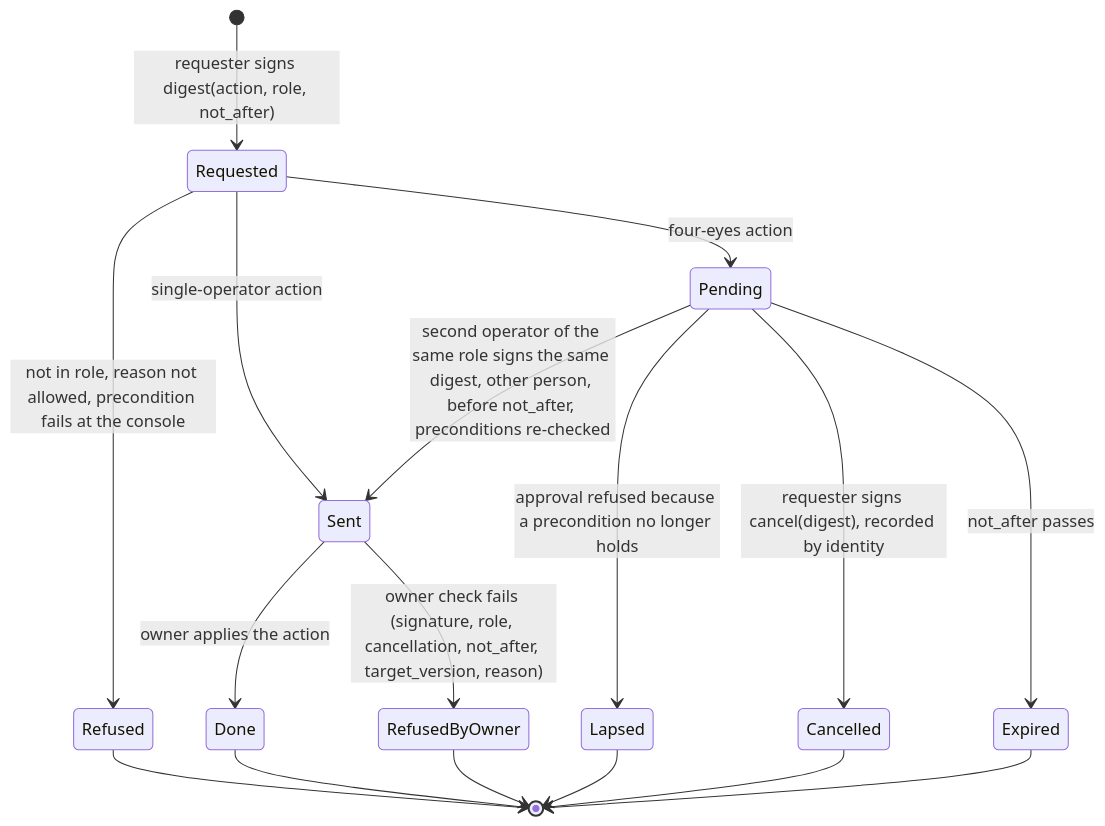
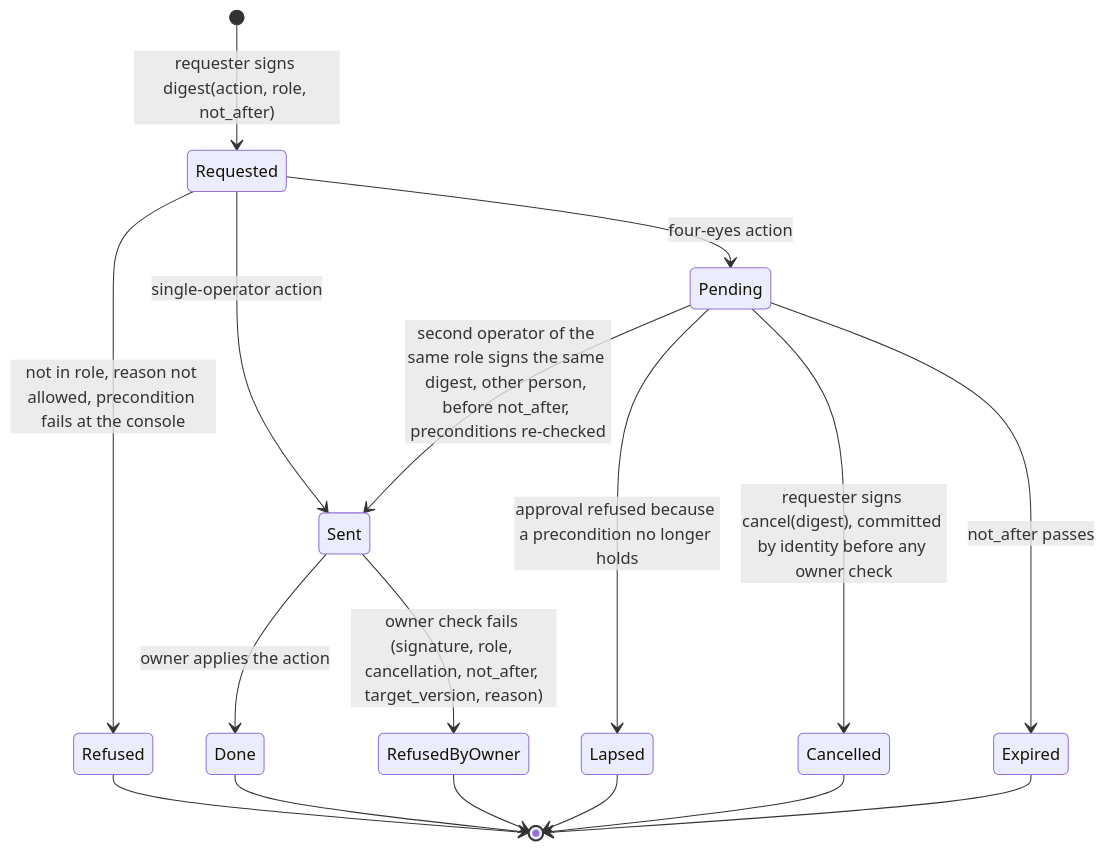
One commit to tgenov/bandwidth-reservations changed the second of 2 diagrams in docs/03-rfcs/RFC-005-security-and-tenancy.md. Above: the diagram before and after it, drawn with Mermaid. The commit also changed other lines of this file and 1 other file, not shown here.

````diff
--- a/docs/03-rfcs/RFC-005-security-and-tenancy.md
+++ b/docs/03-rfcs/RFC-005-security-and-tenancy.md
@@ -964,19 +987,19 @@
 ```mermaid
 stateDiagram-v2
   [*] --> Requested: requester signs digest(action, role, not_after)
   Requested --> Refused: not in role, reason not allowed, precondition fails at the console
   Requested --> Pending: four-eyes action
   Requested --> Sent: single-operator action
   Pending --> Sent: second operator of the same role signs the same digest, other person, before not_after, preconditions re-checked
   Pending --> Lapsed: approval refused because a precondition no longer holds
-  Pending --> Cancelled: requester signs cancel(digest), recorded by identity
+  Pending --> Cancelled: requester signs cancel(digest), committed by identity before any owner check
   Pending --> Expired: not_after passes
   Sent --> Done: owner applies the action
   Sent --> RefusedByOwner: owner check fails (signature, role, cancellation, not_after, target_version, reason)
   Refused --> [*]
   Done --> [*]
   RefusedByOwner --> [*]
   Lapsed --> [*]
   Cancelled --> [*]
   Expired --> [*]
 ```
````
